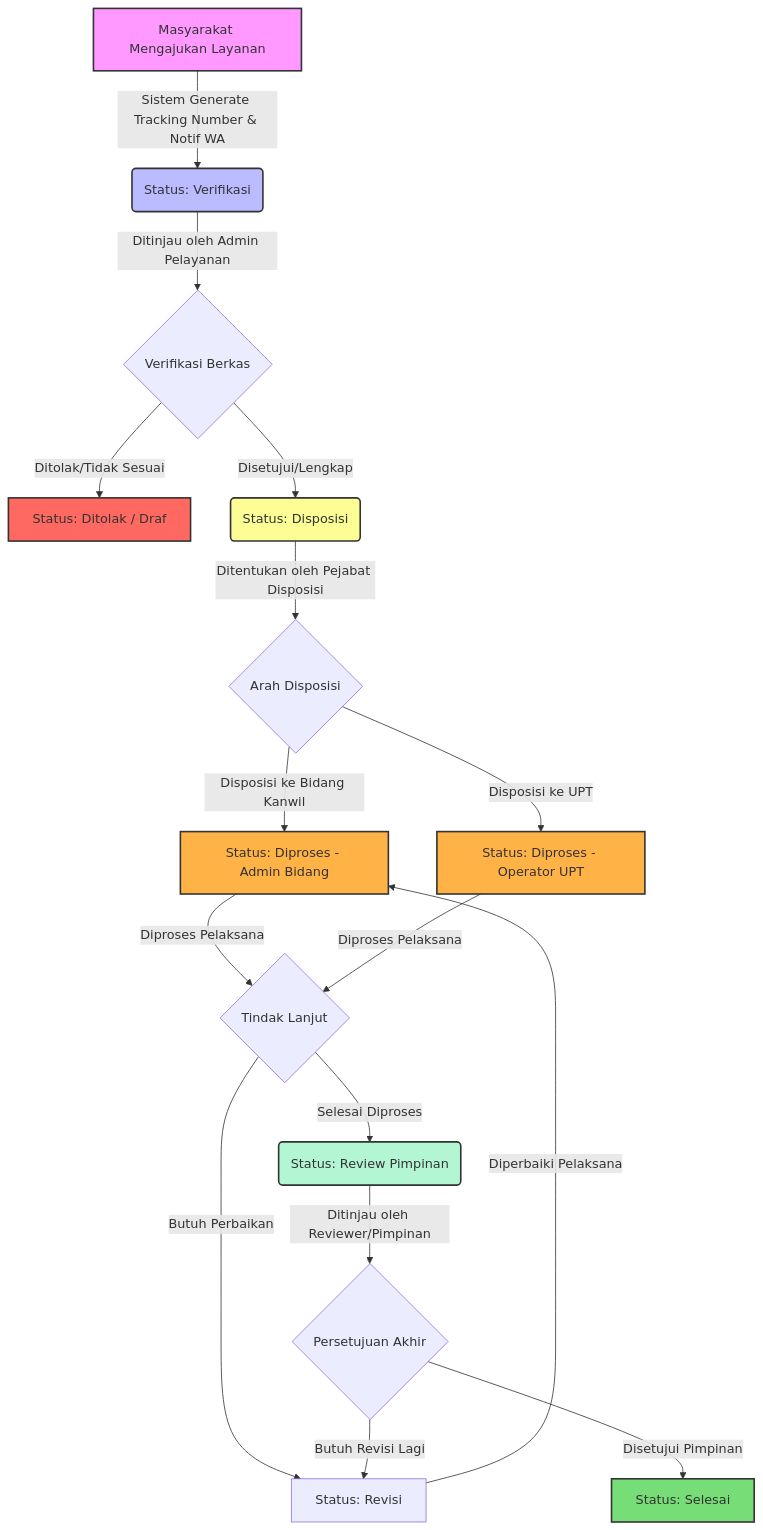
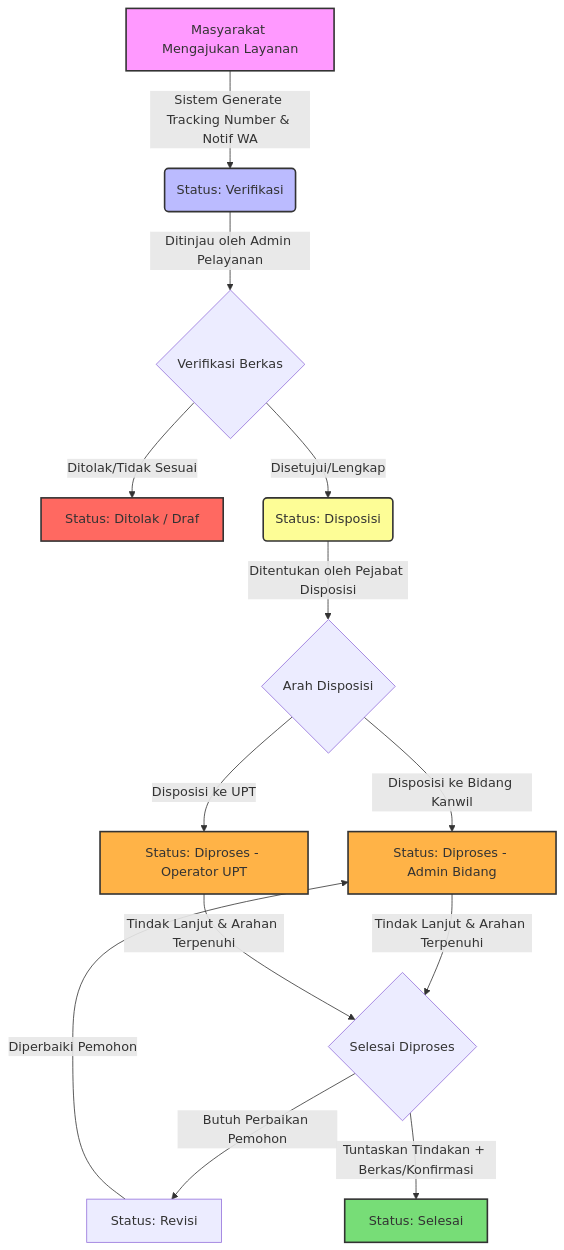
The diagram in DOCUMENTATION.md (wibi89-sys/Starpas-Banten), drawn with Mermaid before and after one commit. The commit also changed other lines of this file and 15 other files, not shown here.

Commit message:
feat: tambahkan fitur upload dokumen surat persetujuan, migrasi surat jawaban, dan alur langsung selesai

````diff
--- a/DOCUMENTATION.md
+++ b/DOCUMENTATION.md
@@ -38,29 +38,24 @@
 ```mermaid
 graph TD
     A[Masyarakat Mengajukan Layanan] -->|Sistem Generate Tracking Number & Notif WA| B(Status: Verifikasi)
     B -->|Ditinjau oleh Admin Pelayanan| C{Verifikasi Berkas}
     C -->|Ditolak/Tidak Sesuai| D[Status: Ditolak / Draf]
     C -->|Disetujui/Lengkap| E(Status: Disposisi)
     
     E -->|Ditentukan oleh Pejabat Disposisi| F{Arah Disposisi}
     F -->|Disposisi ke Bidang Kanwil| G[Status: Diproses - Admin Bidang]
     F -->|Disposisi ke UPT| H[Status: Diproses - Operator UPT]
     
-    G & H -->|Diproses Pelaksana| I{Tindak Lanjut}
-    I -->|Butuh Perbaikan| J[Status: Revisi]
-    J -->|Diperbaiki Pelaksana| G
-    I -->|Selesai Diproses| K(Status: Review Pimpinan)
-    
-    K -->|Ditinjau oleh Reviewer/Pimpinan| L{Persetujuan Akhir}
-    L -->|Butuh Revisi Lagi| J
-    L -->|Disetujui Pimpinan| M[Status: Selesai]
+    G & H -->|Tindak Lanjut & Arahan Terpenuhi| I{Selesai Diproses}
+    I -->|Butuh Perbaikan Pemohon| J[Status: Revisi]
+    J -->|Diperbaiki Pemohon| G
+    I -->|Tuntaskan Tindakan + Berkas/Konfirmasi| M[Status: Selesai]
     
     style A fill:#f9f,stroke:#333,stroke-width:2px
     style B fill:#bbf,stroke:#333,stroke-width:2px
     style E fill:#fdfd96,stroke:#333,stroke-width:2px
     style G fill:#ffb347,stroke:#333,stroke-width:2px
     style H fill:#ffb347,stroke:#333,stroke-width:2px
-    style K fill:#b3f6d4,stroke:#333,stroke-width:2px
     style M fill:#77dd77,stroke:#333,stroke-width:2px
     style D fill:#ff6961,stroke:#333,stroke-width:2px
 ```
````
